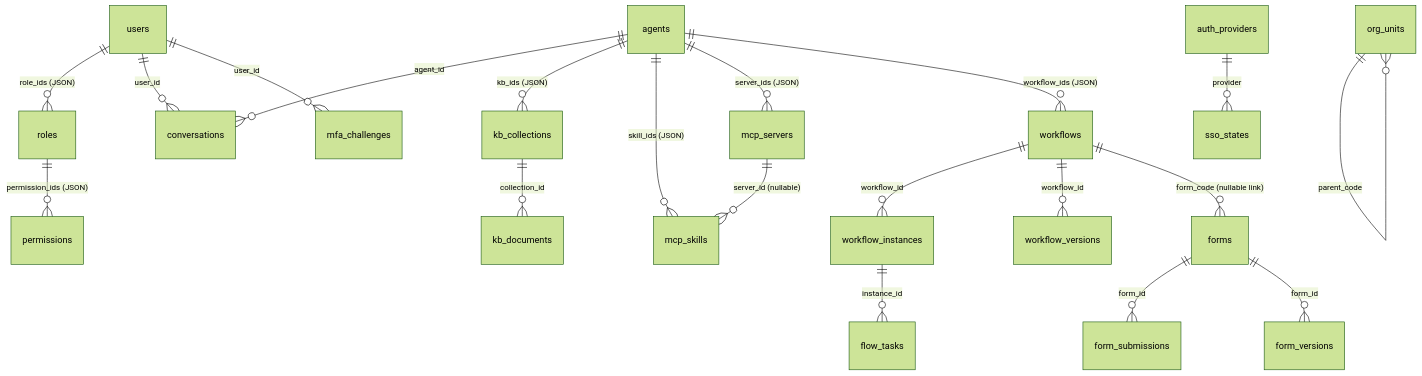
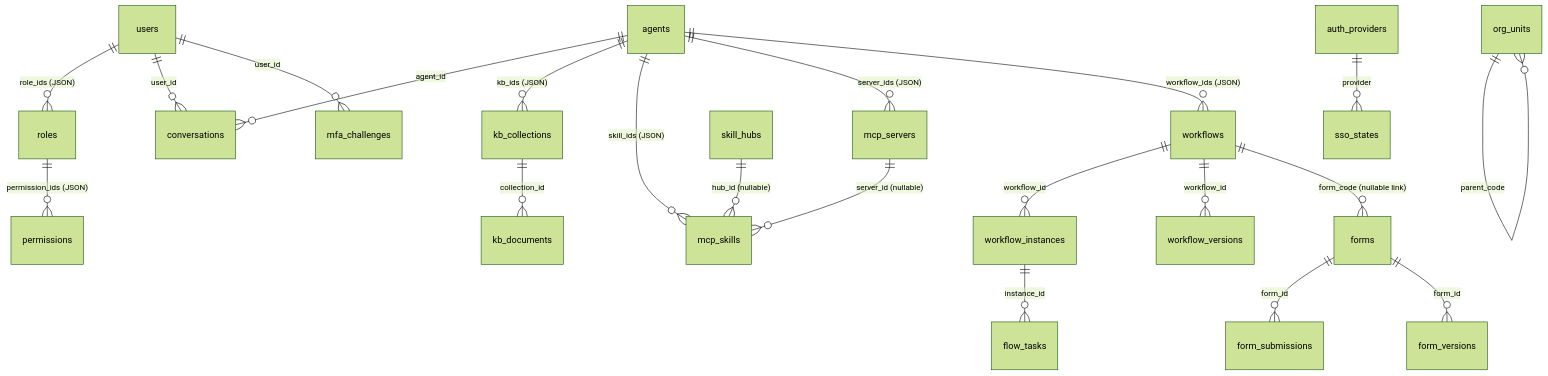
One commit to liudonghua123/ai-lowcode-platform changed the diagram in docs/data-model.md. Above: the diagram before and after it, drawn with Mermaid (forest theme). The commit also changed other lines of this file and 57 other files, not shown here.

First line of the commit message:
feat(registry/agents/hubs): extensible component/node registry, full agent coverage, independent skills and skill hubs

````diff
--- a/docs/data-model.md
+++ b/docs/data-model.md
@@ -32,22 +32,23 @@
 ```mermaid
 erDiagram
     users ||--o{ roles : "role_ids (JSON)"
     roles ||--o{ permissions : "permission_ids (JSON)"
     users ||--o{ conversations : "user_id"
     forms ||--o{ form_submissions : "form_id"
     workflows ||--o{ workflow_instances : "workflow_id"
     kb_collections ||--o{ kb_documents : "collection_id"
     agents ||--o{ conversations : "agent_id"
     agents ||--o{ kb_collections : "kb_ids (JSON)"
     agents ||--o{ mcp_skills : "skill_ids (JSON)"
     agents ||--o{ mcp_servers : "server_ids (JSON)"
     agents ||--o{ workflows : "workflow_ids (JSON)"
     mcp_servers ||--o{ mcp_skills : "server_id (nullable)"
+    skill_hubs ||--o{ mcp_skills : "hub_id (nullable)"
     auth_providers ||--o{ sso_states : "provider"
     users ||--o{ mfa_challenges : "user_id"
     forms ||--o{ form_versions : "form_id"
     workflows ||--o{ workflow_versions : "workflow_id"
     workflow_instances ||--o{ flow_tasks : "instance_id"
     org_units ||--o{ org_units : "parent_code"
     workflows ||--o{ forms : "form_code (nullable link)"
 ```
````
